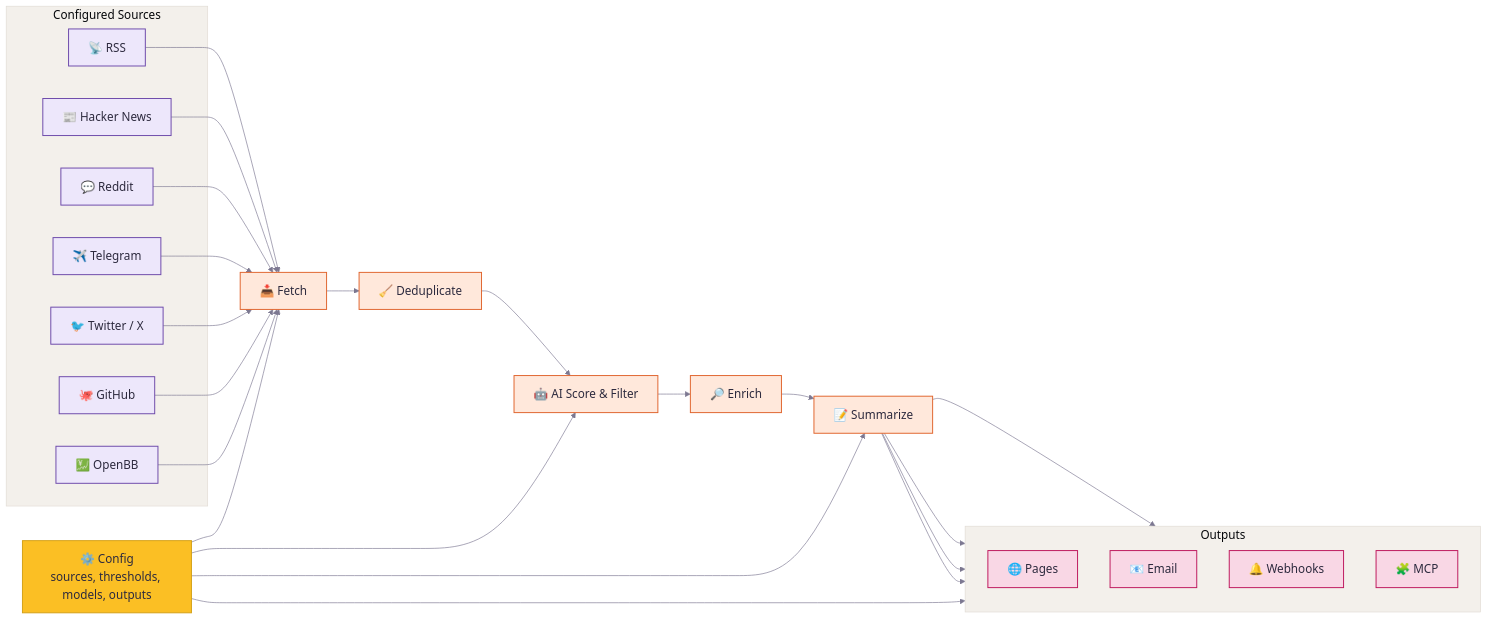
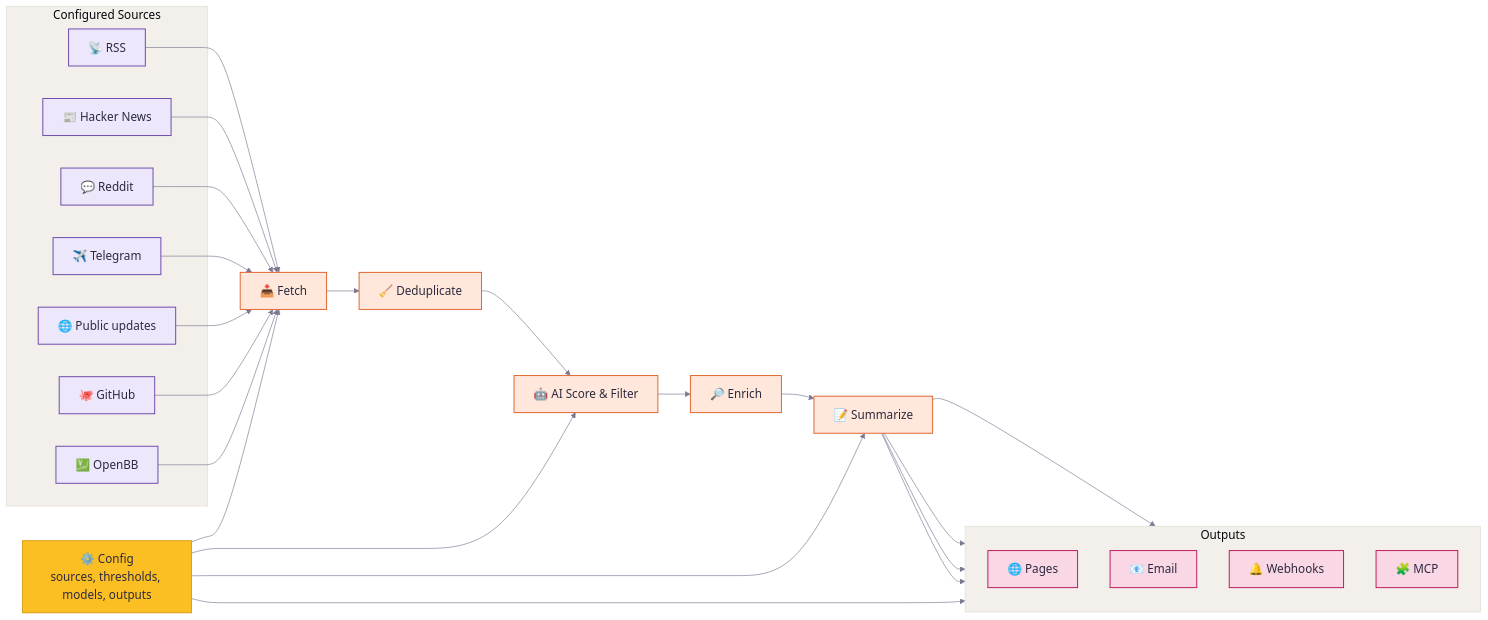
Before and after one commit to Hank-Hee/News-Notification: the diagram in README.md, drawn with Mermaid. The commit also changed other lines of this file and 35 other files, not shown here.

````diff
--- a/README.md
+++ b/README.md
@@ -94,70 +94,70 @@
 ```mermaid
 %%{init: {
   "theme": "base",
   "themeVariables": {
     "fontFamily": "ui-sans-serif, system-ui, -apple-system, BlinkMacSystemFont, Segoe UI, sans-serif",
     "fontSize": "18px",
     "primaryTextColor": "#2d2a3e",
     "primaryBorderColor": "#e0dbd3",
     "lineColor": "#7c7891",
     "tertiaryColor": "#faf8f5",
     "clusterBkg": "#f3f0eb",
     "clusterBorder": "#e0dbd3"
   }
 }}%%
 flowchart LR
     classDef config fill:#fbbf24,stroke:#d4a017,color:#2d2a3e,stroke-width:1.5px;
     classDef source fill:#ede7fb,stroke:#6d4aaa,color:#2d2a3e,stroke-width:1.5px;
     classDef process fill:#ffe8db,stroke:#e0652e,color:#2d2a3e,stroke-width:1.5px;
     classDef output fill:#f9d7e5,stroke:#be185d,color:#2d2a3e,stroke-width:1.5px;
 
     config["⚙️ Config<br/>sources, thresholds, models, outputs"]
 
     subgraph sources["Configured Sources"]
         rss["📡 RSS"]
         hn["📰 Hacker News"]
         reddit["💬 Reddit"]
         telegram["✈️ Telegram"]
-        twitter["🐦 Twitter / X"]
+        publicweb["🌐 Public updates"]
         github["🐙 GitHub"]
         openbb["💹 OpenBB"]
     end
 
     fetch["📥 Fetch"]
     dedup["🧹 Deduplicate"]
     score["🤖 AI Score & Filter"]
     enrich["🔎 Enrich"]
     summary["📝 Summarize"]
 
     subgraph outputs["Outputs"]
         direction TB
         site["🌐 Pages"]
         email["📧 Email"]
         webhook["🔔 Webhooks"]
         mcp["🧩 MCP"]
     end
 
     config --> fetch
     rss --> fetch
     hn --> fetch
     reddit --> fetch
     telegram --> fetch
-    twitter --> fetch
+    publicweb --> fetch
     github --> fetch
     openbb --> fetch
 
     fetch --> dedup --> score --> enrich --> summary
     config --> score
     config --> summary
     config --> outputs
 
     summary --> site
     summary --> email
     summary --> webhook
     summary --> mcp
 
     class config config
-    class rss,hn,reddit,telegram,twitter,github,openbb source
+    class rss,hn,reddit,telegram,publicweb,github,openbb source
     class fetch,dedup,score,enrich,summary process
     class site,email,webhook,mcp output
 ```
````
